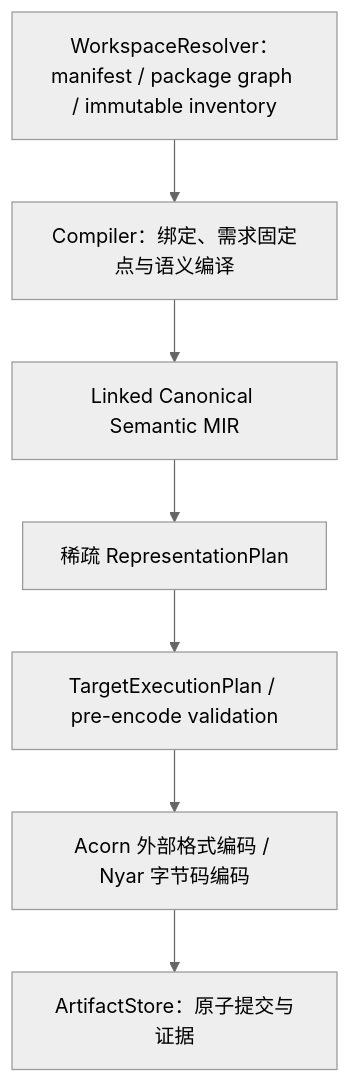
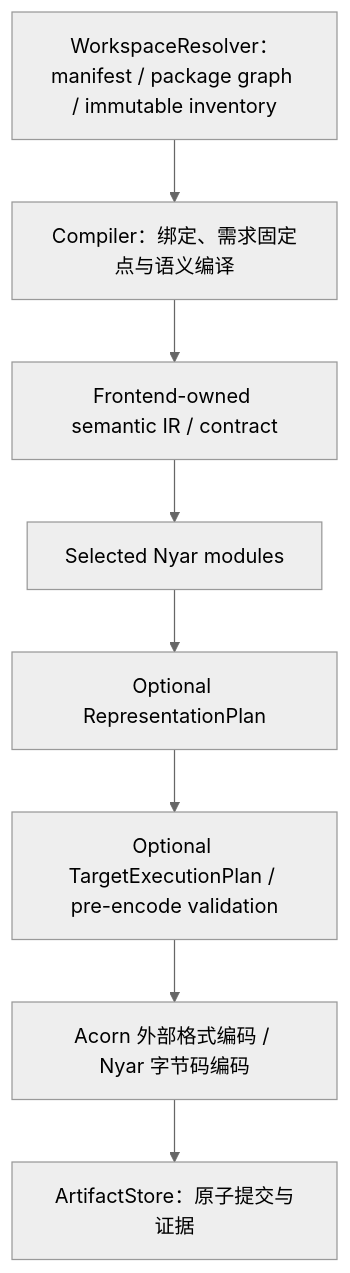
One commit to valkyrie-language/valkyrie.rs changed the diagram in documentation/maintenance/compiler-architecture.md. Above: the diagram before and after it, drawn with Mermaid (neutral theme). The commit also changed other lines of this file and 6 other files, not shown here.

````diff
--- a/documentation/maintenance/compiler-architecture.md
+++ b/documentation/maintenance/compiler-architecture.md
@@ -7,11 +7,12 @@
 ```mermaid
 flowchart TD
     Resolver["WorkspaceResolver：manifest / package graph / immutable inventory"]
     Compiler["Compiler：绑定、需求固定点与语义编译"]
-    Canonical["Linked Canonical Semantic MIR"]
-    Representation["稀疏 RepresentationPlan"]
-    Private["TargetExecutionPlan / pre-encode validation"]
+    FrontendIR["Frontend-owned semantic IR / contract"]
+    Modules["Selected Nyar modules"]
+    Representation["Optional RepresentationPlan"]
+    Private["Optional TargetExecutionPlan / pre-encode validation"]
     Encode["Acorn 外部格式编码 / Nyar 字节码编码"]
     Store["ArtifactStore：原子提交与证据"]
-    Resolver --> Compiler --> Canonical --> Representation --> Private --> Encode --> Store
+    Resolver --> Compiler --> FrontendIR --> Modules --> Representation --> Private --> Encode --> Store
 ```
````
